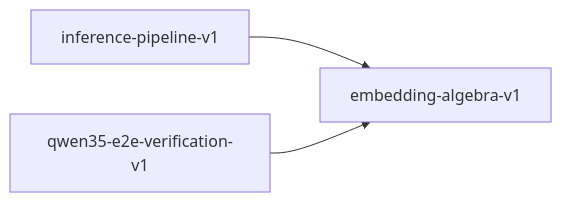
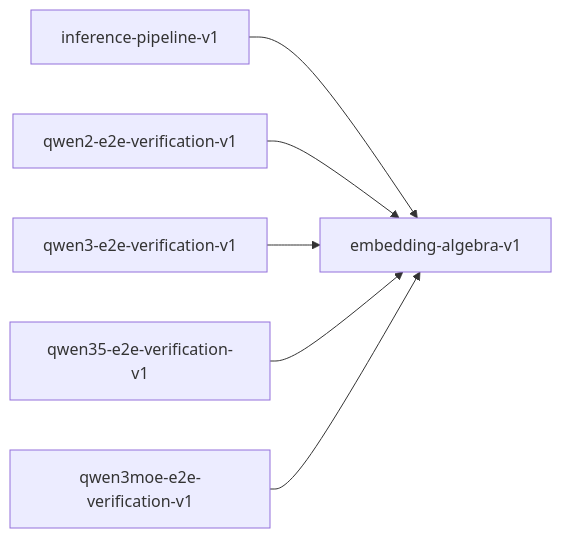
The diagram in book/src/contracts/embedding-algebra-v1.md (paiml/provable-contracts), drawn with Mermaid before and after one commit. The commit also changed 76 other files, not shown here.

````diff
--- a/book/src/contracts/embedding-algebra-v1.md
+++ b/book/src/contracts/embedding-algebra-v1.md
@@ -15,5 +15,8 @@
 ```mermaid
 graph LR
     inference_pipeline_v1["inference-pipeline-v1"] --> embedding_algebra_v1["embedding-algebra-v1"]
+    qwen2_e2e_verification_v1["qwen2-e2e-verification-v1"] --> embedding_algebra_v1["embedding-algebra-v1"]
+    qwen3_e2e_verification_v1["qwen3-e2e-verification-v1"] --> embedding_algebra_v1["embedding-algebra-v1"]
     qwen35_e2e_verification_v1["qwen35-e2e-verification-v1"] --> embedding_algebra_v1["embedding-algebra-v1"]
+    qwen3moe_e2e_verification_v1["qwen3moe-e2e-verification-v1"] --> embedding_algebra_v1["embedding-algebra-v1"]
 ```
````
